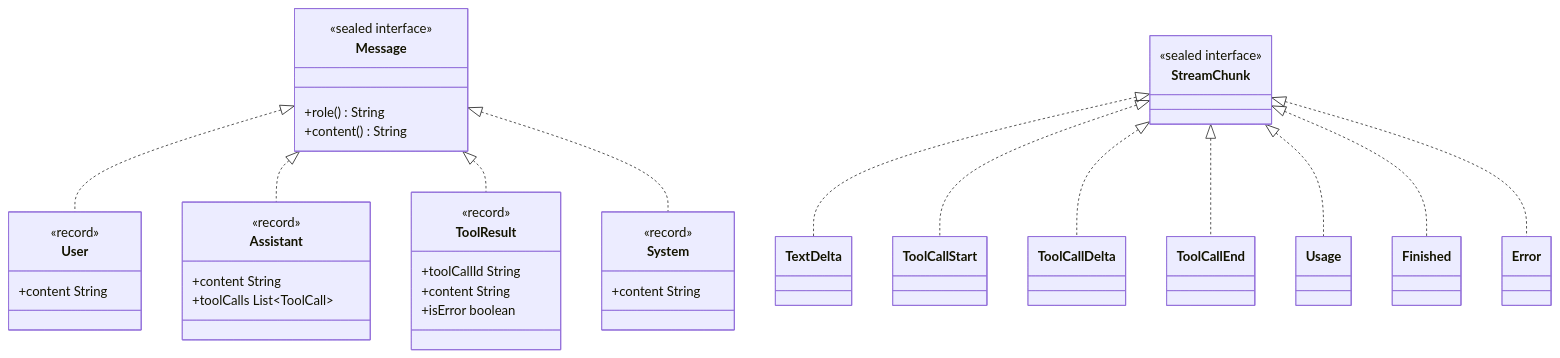
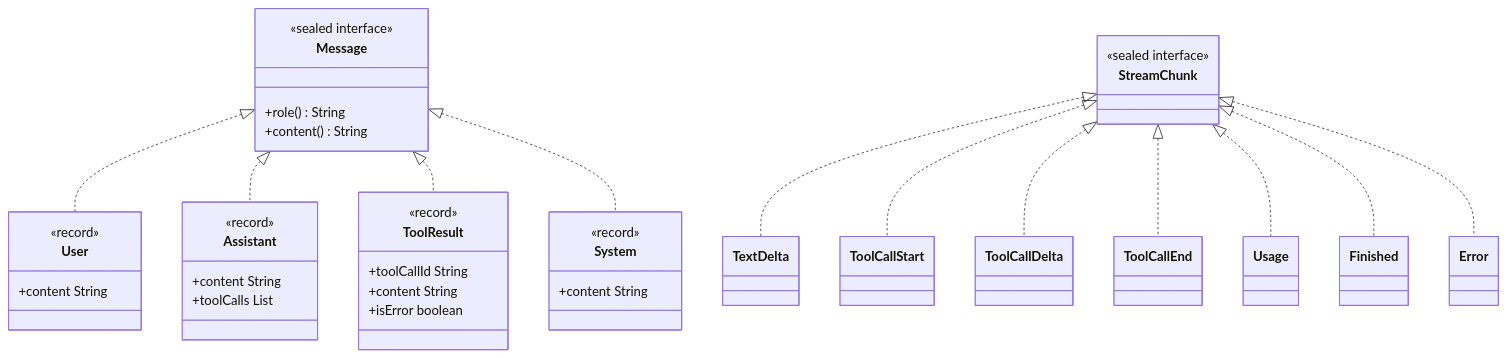
Diagram 11 of 11 in docs/architecture.md (makemeking233-hub/agent-demo), drawn with Mermaid before and after one commit. The commit also changed other lines of this file and 1 other file, not shown here.

First line of the commit message:
fix(docs): 修 mermaid 8.8.3 兼容性问题（5 处违规）+ AGENTS.md §2.4 写规则

````diff
--- a/docs/architecture.md
+++ b/docs/architecture.md
@@ -397,51 +403,51 @@
 ```mermaid
 classDiagram
     class Message {
         <<sealed interface>>
         +role() String
         +content() String
     }
     class User {
         <<record>>
         +content String
     }
     class Assistant {
         <<record>>
         +content String
-        +toolCalls List~ToolCall~
+        +toolCalls List
     }
     class ToolResult {
         <<record>>
         +toolCallId String
         +content String
         +isError boolean
     }
     class System {
         <<record>>
         +content String
     }
 
     Message <|.. User
     Message <|.. Assistant
     Message <|.. ToolResult
     Message <|.. System
 
     class StreamChunk {
         <<sealed interface>>
     }
     class TextDelta
     class ToolCallStart
     class ToolCallDelta
     class ToolCallEnd
     class Usage
     class Finished
     class Error
 
     StreamChunk <|.. TextDelta
     StreamChunk <|.. ToolCallStart
     StreamChunk <|.. ToolCallDelta
     StreamChunk <|.. ToolCallEnd
     StreamChunk <|.. Usage
     StreamChunk <|.. Finished
     StreamChunk <|.. Error
 ```
````
